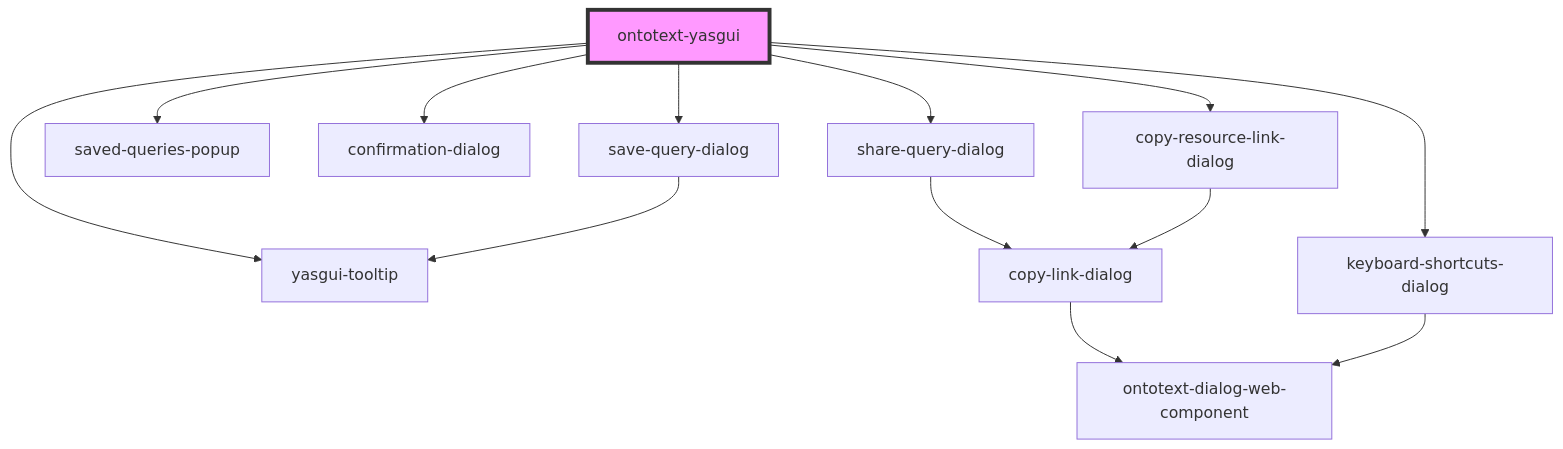
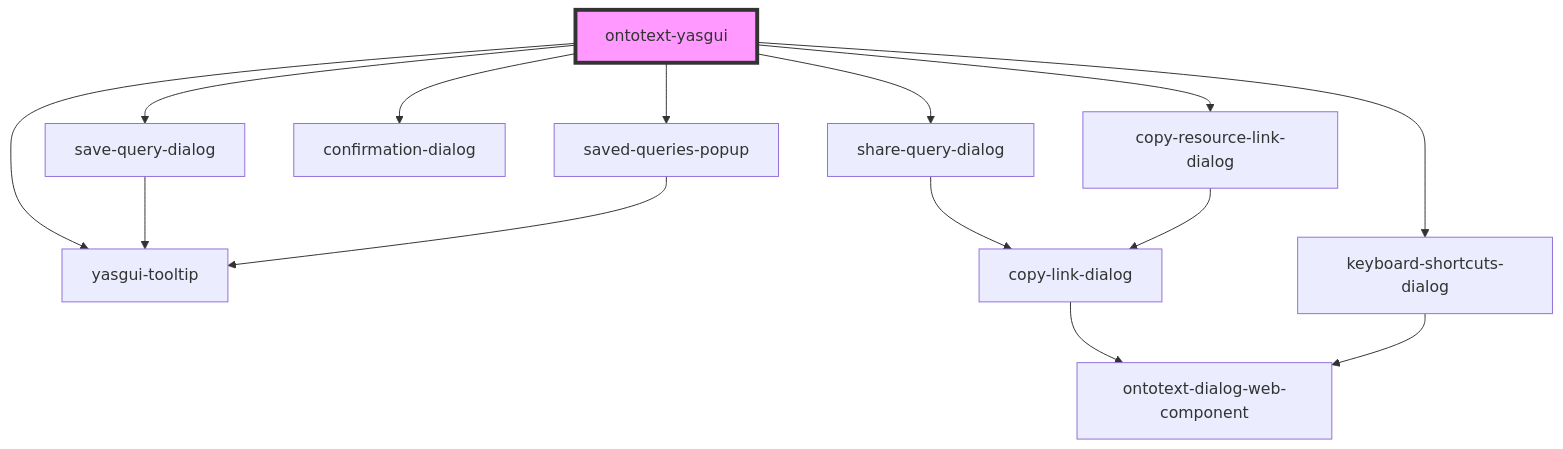
Before and after one commit to Ontotext-AD/ontotext-yasgui: the diagram in ontotext-yasgui-web-component/src/components/ontotext-yasgui-web-component/readme.md, drawn with Mermaid. The commit also changed 6 other files, not shown here.

````diff
--- a/ontotext-yasgui-web-component/src/components/ontotext-yasgui-web-component/readme.md
+++ b/ontotext-yasgui-web-component/src/components/ontotext-yasgui-web-component/readme.md
@@ -261,16 +261,17 @@
 ```mermaid
 graph TD;
   ontotext-yasgui --> yasgui-tooltip
   ontotext-yasgui --> save-query-dialog
   ontotext-yasgui --> saved-queries-popup
   ontotext-yasgui --> confirmation-dialog
   ontotext-yasgui --> share-query-dialog
   ontotext-yasgui --> copy-resource-link-dialog
   ontotext-yasgui --> keyboard-shortcuts-dialog
   save-query-dialog --> yasgui-tooltip
+  saved-queries-popup --> yasgui-tooltip
   share-query-dialog --> copy-link-dialog
   copy-link-dialog --> ontotext-dialog-web-component
   copy-resource-link-dialog --> copy-link-dialog
   keyboard-shortcuts-dialog --> ontotext-dialog-web-component
   style ontotext-yasgui fill:#f9f,stroke:#333,stroke-width:4px
 ```
````
